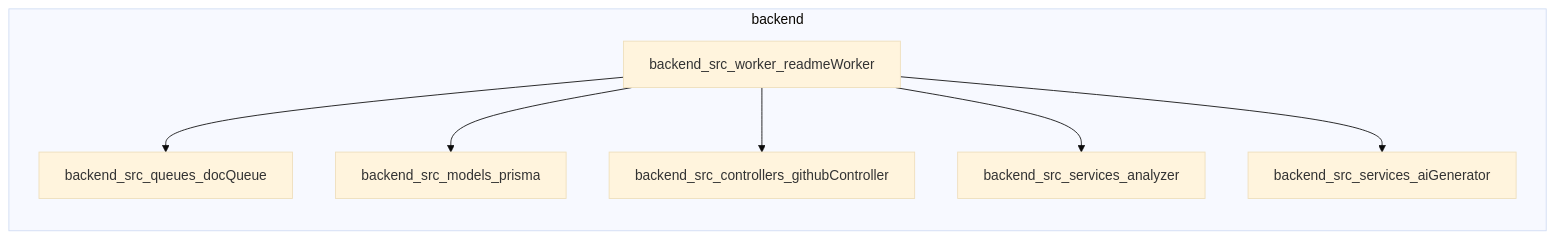
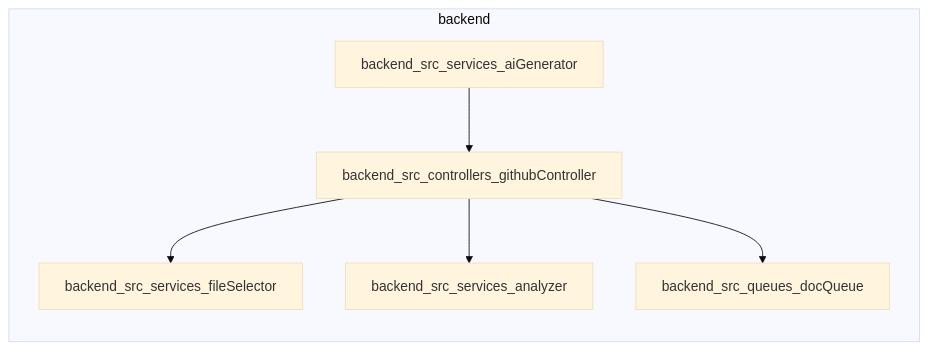
One commit to Devesh326/ai-document-generator changed the diagram in README.md. Above: the diagram before and after it, drawn with Mermaid (base theme).

Commit message:
docs: add AI generated README v44

````diff
--- a/README.md
+++ b/README.md
@@ -24,10 +24,9 @@
 ```mermaid
 graph LR
   subgraph backend
-    backend_src_worker_readmeWorker --> backend_src_queues_docQueue
-    backend_src_worker_readmeWorker --> backend_src_models_prisma
-    backend_src_worker_readmeWorker --> backend_src_controllers_githubController
-    backend_src_worker_readmeWorker --> backend_src_services_analyzer
-    backend_src_worker_readmeWorker --> backend_src_services_aiGenerator
+    backend_src_controllers_githubController --> backend_src_services_fileSelector
+    backend_src_controllers_githubController --> backend_src_services_analyzer
+    backend_src_controllers_githubController --> backend_src_queues_docQueue
+    backend_src_services_aiGenerator --> backend_src_controllers_githubController
   end
 ```
````
